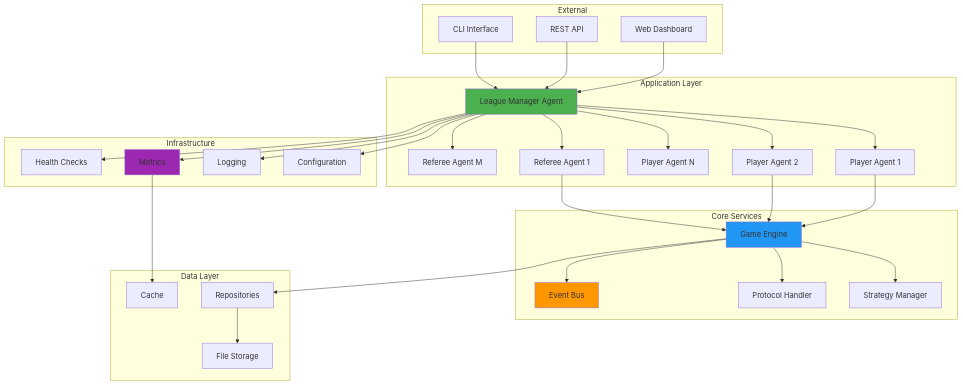
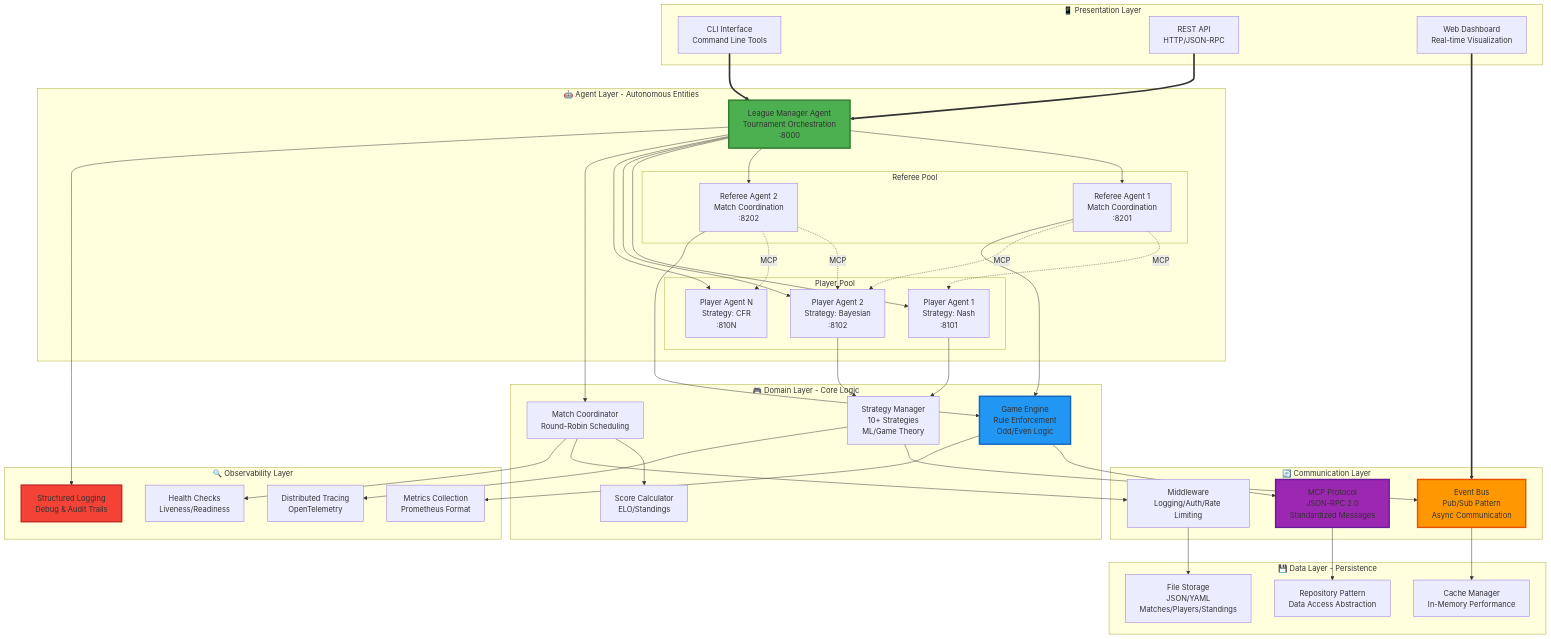
One commit to fouada/Assignment7_mcp-multi-agent-game changed the fourth of 17 diagrams in README.md. Above: the diagram before and after it, drawn with Mermaid. The commit also changed other lines of this file and 9 other files, not shown here.

````diff
--- a/README.md
+++ b/README.md
@@ -229,69 +310,88 @@
 ```mermaid
 graph TB
-    subgraph "External"
-        CLI[CLI Interface]
-        API[REST API]
-        WEB[Web Dashboard]
+    subgraph "📱 Presentation Layer"
+        CLI[CLI Interface<br/>Command Line Tools]
+        API[REST API<br/>HTTP/JSON-RPC]
+        WEB[Web Dashboard<br/>Real-time Visualization]
     end
     
-    subgraph "Application Layer"
-        LM[League Manager Agent]
-        PA1[Player Agent 1]
-        PA2[Player Agent 2]
-        PA3[Player Agent N]
-        RA1[Referee Agent 1]
-        RA2[Referee Agent M]
+    subgraph "🤖 Agent Layer - Autonomous Entities"
+        LM[League Manager Agent<br/>Tournament Orchestration<br/>:8000]
+        subgraph "Referee Pool"
+            RA1[Referee Agent 1<br/>Match Coordination<br/>:8201]
+            RA2[Referee Agent 2<br/>Match Coordination<br/>:8202]
+        end
+        subgraph "Player Pool"
+            PA1[Player Agent 1<br/>Strategy: Nash<br/>:8101]
+            PA2[Player Agent 2<br/>Strategy: Bayesian<br/>:8102]
+            PA3[Player Agent N<br/>Strategy: CFR<br/>:810N]
+        end
     end
     
-    subgraph "Core Services"
-        GAME[Game Engine]
-        STRAT[Strategy Manager]
-        PROTO[Protocol Handler]
-        EVENT[Event Bus]
+    subgraph "🎮 Domain Layer - Core Logic"
+        GAME[Game Engine<br/>Rule Enforcement<br/>Odd/Even Logic]
+        STRAT[Strategy Manager<br/>10+ Strategies<br/>ML/Game Theory]
+        MATCH[Match Coordinator<br/>Round-Robin Scheduling]
+        SCORE[Score Calculator<br/>ELO/Standings]
     end
     
-    subgraph "Infrastructure"
-        CONFIG[Configuration]
-        LOG[Logging]
-        METRICS[Metrics]
-        HEALTH[Health Checks]
+    subgraph "🔄 Communication Layer"
+        PROTO[MCP Protocol<br/>JSON-RPC 2.0<br/>Standardized Messages]
+        EVENT[Event Bus<br/>Pub/Sub Pattern<br/>Async Communication]
+        MW[Middleware<br/>Logging/Auth/Rate Limiting]
     end
     
-    subgraph "Data Layer"
-        REPO[Repositories]
-        CACHE[Cache]
-        FILES[File Storage]
+    subgraph "💾 Data Layer - Persistence"
+        REPO[Repository Pattern<br/>Data Access Abstraction]
+        CACHE[Cache Manager<br/>In-Memory Performance]
+        FILES[File Storage<br/>JSON/YAML<br/>Matches/Players/Standings]
     end
     
-    CLI --> LM
-    API --> LM
-    WEB --> LM
+    subgraph "🔍 Observability Layer"
+        LOG[Structured Logging<br/>Debug & Audit Trails]
+        MET[Metrics Collection<br/>Prometheus Format]
+        TRACE[Distributed Tracing<br/>OpenTelemetry]
+        HEALTH[Health Checks<br/>Liveness/Readiness]
+    end
     
+    CLI ==> LM
+    API ==> LM
+    WEB ==> EVENT
+    
+    LM --> RA1
+    LM --> RA2
     LM --> PA1
     LM --> PA2
     LM --> PA3
-    LM --> RA1
-    LM --> RA2
     
-    PA1 --> GAME
-    PA2 --> GAME
+    RA1 -.->|MCP| PA1
+    RA1 -.->|MCP| PA2
+    RA2 -.->|MCP| PA2
+    RA2 -.->|MCP| PA3
+    
     RA1 --> GAME
+    RA2 --> GAME
+    PA1 --> STRAT
+    PA2 --> STRAT
+    LM --> MATCH
+    MATCH --> SCORE
     
-    GAME --> STRAT
     GAME --> PROTO
-    GAME --> EVENT
+    STRAT --> EVENT
+    MATCH --> MW
     
-    LM --> CONFIG
+    PROTO --> REPO
+    EVENT --> CACHE
+    MW --> FILES
+    
     LM --> LOG
-    LM --> METRICS
-    LM --> HEALTH
+    GAME --> MET
+    STRAT --> TRACE
+    MATCH --> HEALTH
     
-    GAME --> REPO
-    REPO --> FILES
-    METRICS --> CACHE
-    
-    style LM fill:#4CAF50
-    style GAME fill:#2196F3
-    style EVENT fill:#FF9800
-    style METRICS fill:#9C27B0
+    style LM fill:#4CAF50,stroke:#2d7a2d,stroke-width:3px
+    style GAME fill:#2196F3,stroke:#1565C0,stroke-width:3px
+    style EVENT fill:#FF9800,stroke:#E65100,stroke-width:3px
+    style PROTO fill:#9C27B0,stroke:#6A1B9A,stroke-width:3px
+    style LOG fill:#F44336,stroke:#C62828,stroke-width:3px
 ```
````
